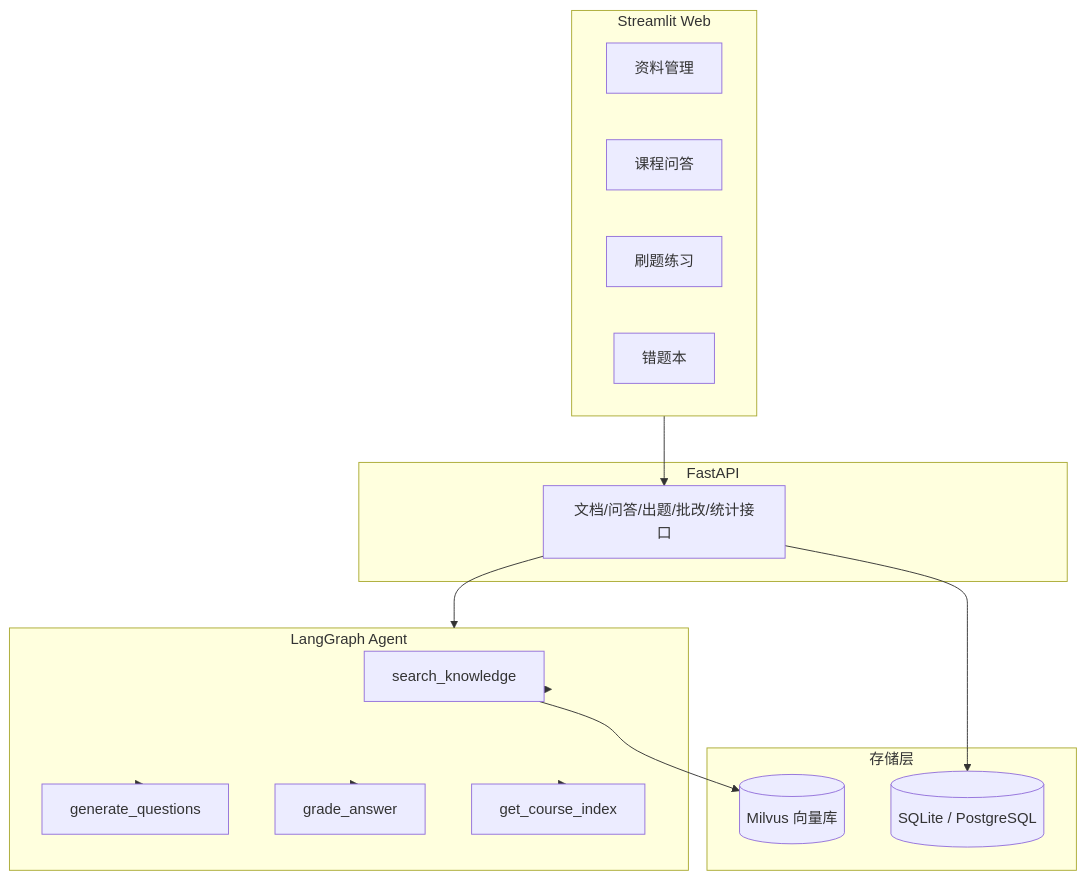
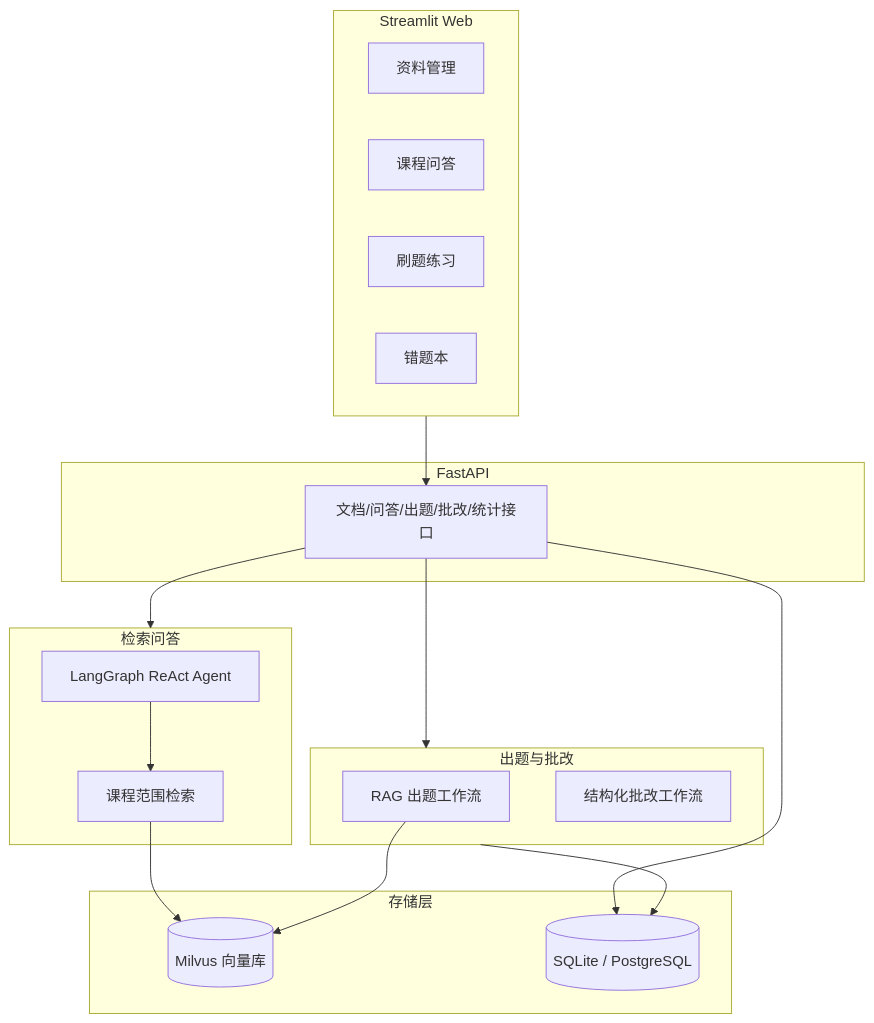
One commit to tea-kaze/CourseMate_Agent changed the second of 2 diagrams in README.md. Above: the diagram before and after it, drawn with Mermaid. The commit also changed other lines of this file and 37 other files, not shown here.

````diff
--- a/README.md
+++ b/README.md
@@ -42,20 +43,25 @@
 ```mermaid
 flowchart TB
     subgraph Frontend[Streamlit Web]
         P1[资料管理] & P2[课程问答] & P3[刷题练习] & P4[错题本]
     end
     subgraph Backend[FastAPI]
         API[文档/问答/出题/批改/统计接口]
     end
-    subgraph Agent[LangGraph Agent]
-        T1[search_knowledge] & T2[generate_questions] & T3[grade_answer] & T4[get_course_index]
+    subgraph Chat[检索问答]
+        AGENT[LangGraph ReAct Agent] --> SEARCH[课程范围检索]
+    end
+    subgraph Quiz[出题与批改]
+        GEN[RAG 出题工作流] & GRADE[结构化批改工作流]
     end
     subgraph Storage[存储层]
         MILVUS[(Milvus 向量库)]
         DB[(SQLite / PostgreSQL)]
     end
-    Frontend --> API --> Agent
-    Agent --> T1 & T2 & T3 & T4
-    T1 --> MILVUS
+    Frontend --> API
+    API --> Chat & Quiz
+    SEARCH --> MILVUS
+    GEN --> MILVUS
     API --> DB
+    Quiz --> DB
 ```
````
